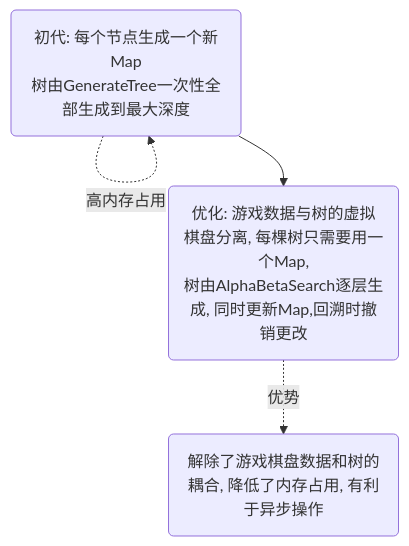
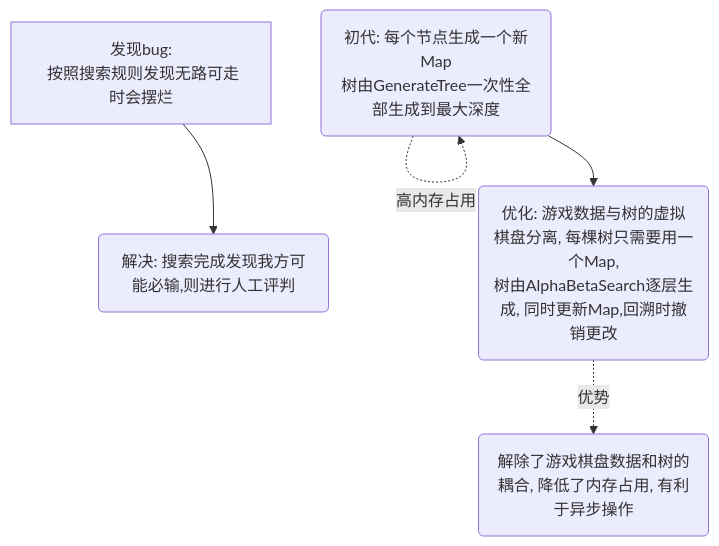
One commit to TwilightLemon/GobangCat changed diagram 15 of 18 in Document/doc.md. Above: the diagram before and after it, drawn with Mermaid. The commit also changed other lines of this file and 4 other files, not shown here.

````diff
--- a/Document/doc.md
+++ b/Document/doc.md
@@ -177,7 +217,9 @@
 ```mermaid
 graph TD;
     first==低效==>first
     first-.高内存占用.->first
     first(初代: 每个节点生成一个新Map\n树由GenerateTree一次性全部生成到最大深度)-->second(优化: 游戏数据与树的虚拟棋盘分离, 每棵树只需要用一个Map,\n树由AlphaBetaSearch逐层生成, 同时更新Map,回溯时撤销更改)
     second-.优势.->adv(解除了游戏棋盘数据和树的耦合, 降低了内存占用, 有利于异步操作)
+    
+    f[发现bug:\n 按照搜索规则发现无路可走时会摆烂]-->s(解决: 搜索完成发现我方可能必输,则进行人工评判)
 ```
````
